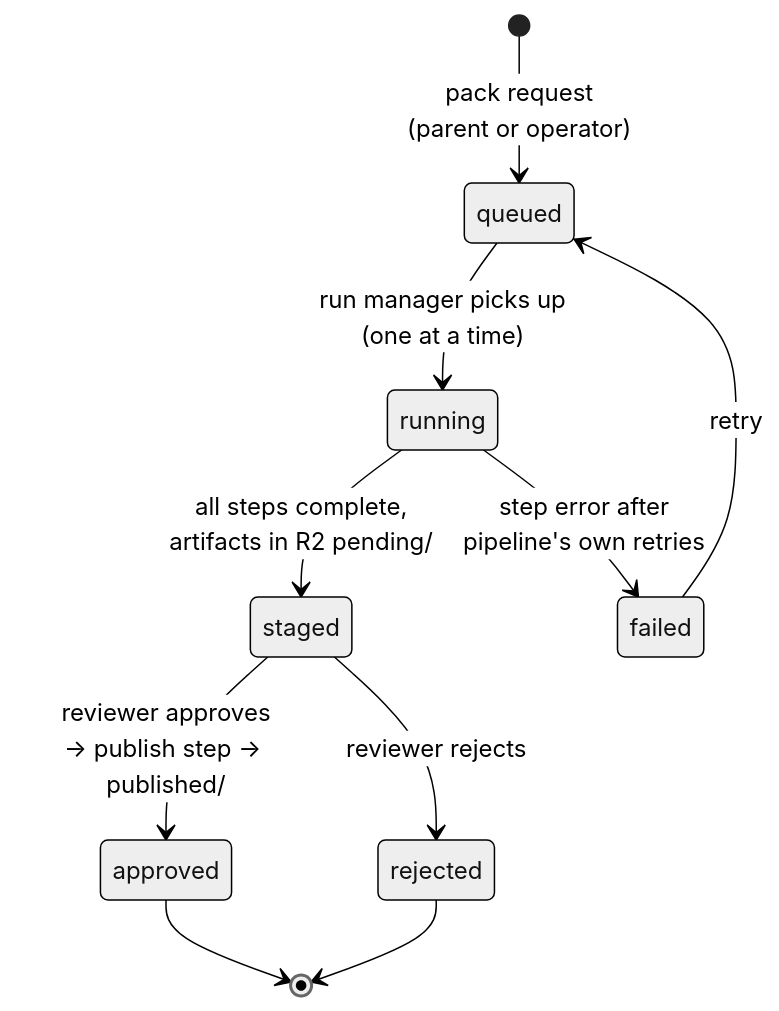
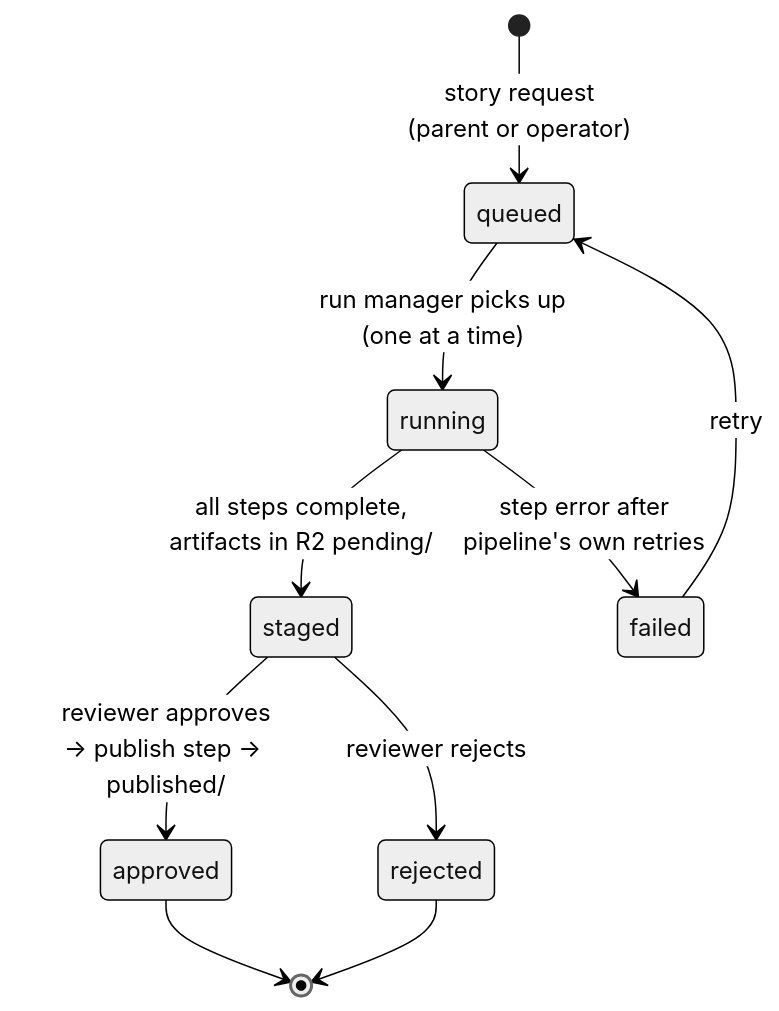
Before and after one commit to darth-dodo/cantastorie: the second of 3 diagrams in docs/adr/ADR-005-workshop-area.md, drawn with Mermaid (neutral theme). The commit also changed other lines of this file and 44 other files, not shown here.

````diff
--- a/docs/adr/ADR-005-workshop-area.md
+++ b/docs/adr/ADR-005-workshop-area.md
@@ -185,12 +186,12 @@
 ```mermaid
 stateDiagram-v2
-    [*] --> queued: pack request<br/>(parent or operator)
+    [*] --> queued: story request<br/>(parent or operator)
     queued --> running: run manager picks up<br/>(one at a time)
     running --> staged: all steps complete,<br/>artifacts in R2 pending/
     running --> failed: step error after<br/>pipeline's own retries
     failed --> queued: retry
     staged --> approved: reviewer approves<br/>→ publish step → published/
     staged --> rejected: reviewer rejects
     approved --> [*]
     rejected --> [*]
 ```
````
